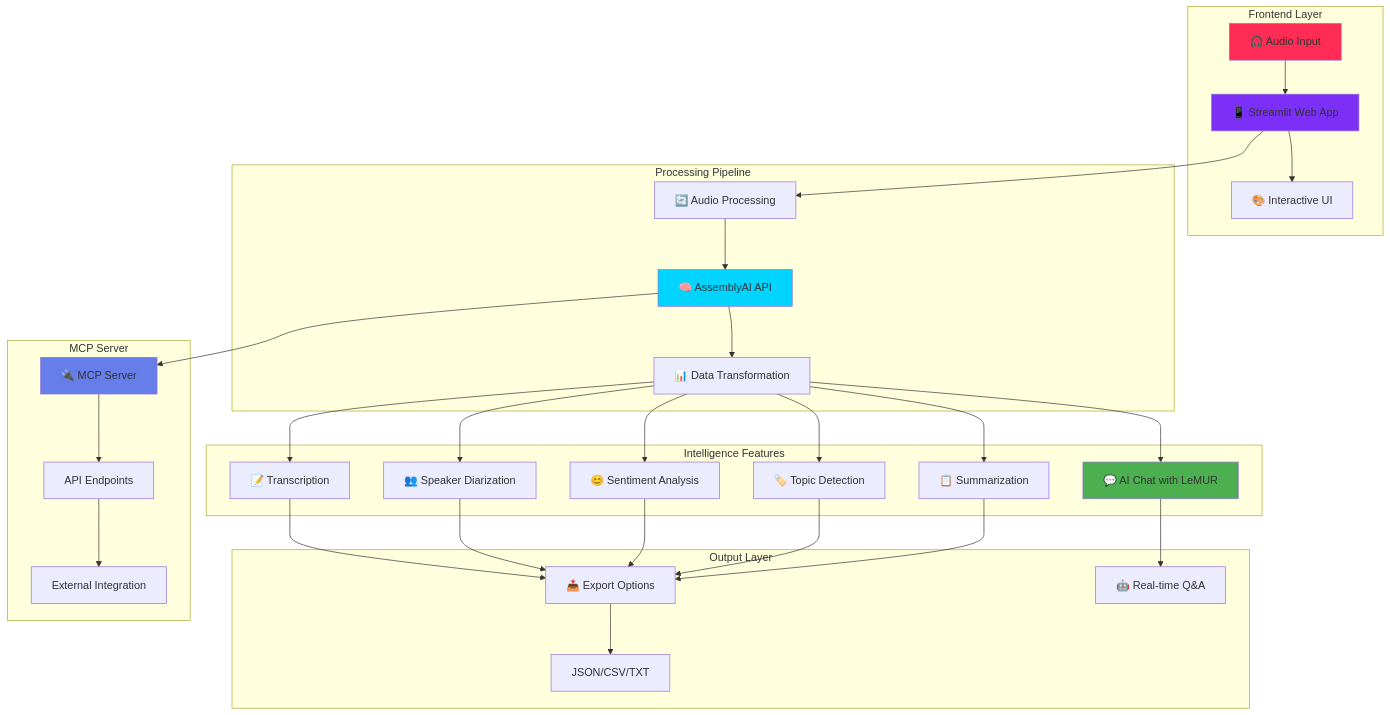
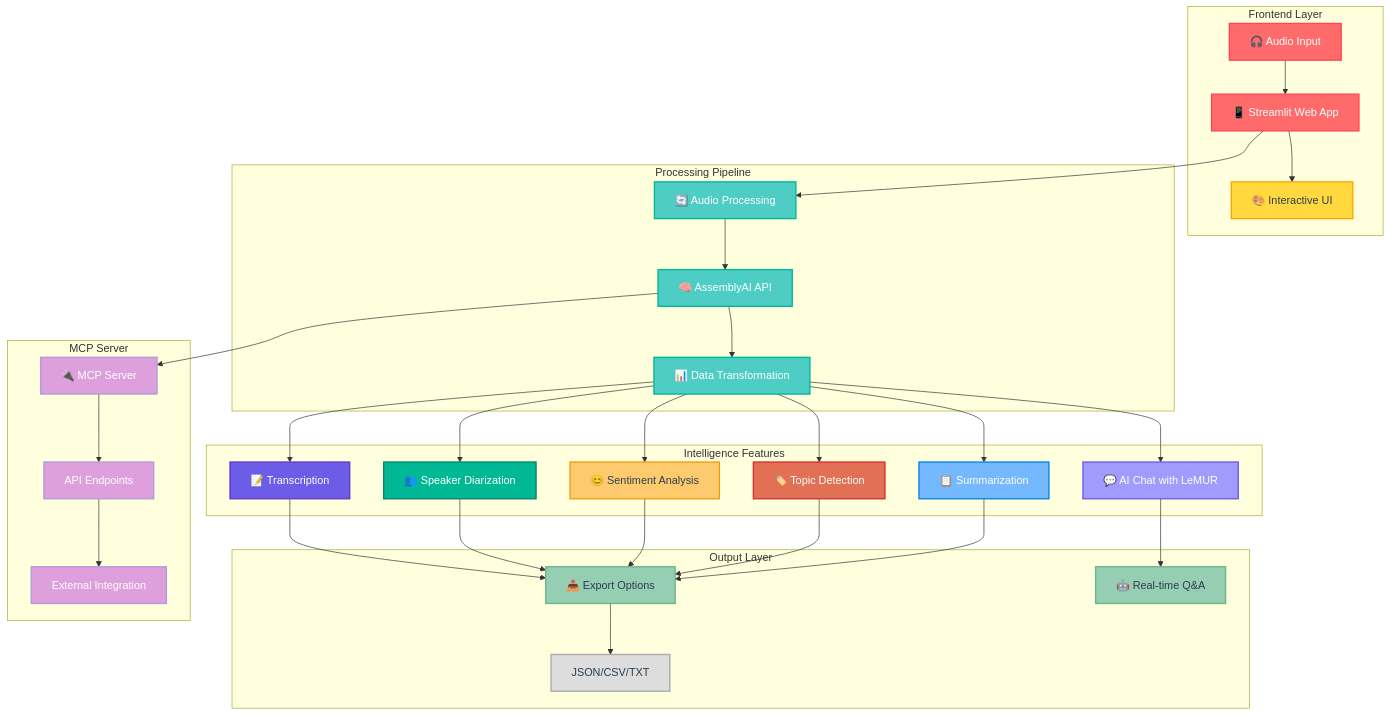
One commit to ShikharPatelNEU/EchoSense changed the diagram in README.md. Above: the diagram before and after it, drawn with Mermaid. The commit also changed other lines of this file, not shown here.

````diff
--- a/README.md
+++ b/README.md
@@ -27,44 +86,61 @@
 ```mermaid
 graph TB
-    subgraph "Frontend Layer"
-        A[🎧 Audio Input] --> B[📱 Streamlit Web App]
-        B --> C[🎨 Interactive UI]
+    subgraph FL["Frontend Layer"]
+        A[🎧 Audio Input]:::frontend
+        B[📱 Streamlit Web App]:::frontend
+        C[🎨 Interactive UI]:::ui
     end
     
-    subgraph "Processing Pipeline"
-        B --> D[🔄 Audio Processing]
-        D --> E[🧠 AssemblyAI API]
-        E --> F[📊 Data Transformation]
+    subgraph PP["Processing Pipeline"]
+        D[🔄 Audio Processing]:::processing
+        E[🧠 AssemblyAI API]:::processing
+        F[📊 Data Transformation]:::processing
     end
     
-    subgraph "Intelligence Features"
-        F --> G[📝 Transcription]
-        F --> H[👥 Speaker Diarization]
-        F --> I[😊 Sentiment Analysis]
-        F --> J[🏷️ Topic Detection]
-        F --> K[📋 Summarization]
-        F --> L[💬 AI Chat with LeMUR]
+    subgraph IF["Intelligence Features"]
+        G[📝 Transcription]:::transcription
+        H[👥 Speaker Diarization]:::speaker
+        I[😊 Sentiment Analysis]:::sentiment
+        J[🏷️ Topic Detection]:::topic
+        K[📋 Summarization]:::summary
+        L[💬 AI Chat with LeMUR]:::chat
     end
     
-    subgraph "Output Layer"
-        G --> M[📤 Export Options]
-        H --> M
-        I --> M
-        J --> M
-        K --> M
-        L --> N[🤖 Real-time Q&A]
-        M --> O[JSON/CSV/TXT]
+    subgraph OL["Output Layer"]
+        M[📤 Export Options]:::output
+        N[🤖 Real-time Q&A]:::output
+        O[JSON/CSV/TXT]:::export
     end
     
-    subgraph "MCP Server"
-        P[🔌 MCP Server] --> Q[API Endpoints]
-        E --> P
-        Q --> R[External Integration]
+    subgraph MS["MCP Server"]
+        P[🔌 MCP Server]:::mcp
+        Q[API Endpoints]:::mcp
+        R[External Integration]:::mcp
     end
     
-    style A fill:#ff2d55
-    style B fill:#7b2ff7
-    style E fill:#00d4ff
-    style L fill:#4caf50
-    style P fill:#667eea
+    A --> B
+    B --> C
+    B --> D
+    D --> E
+    E --> F
+    F --> G & H & I & J & K & L
+    G & H & I & J & K --> M
+    L --> N
+    M --> O
+    E --> P
+    P --> Q
+    Q --> R
+    
+    classDef frontend fill:#FF6B6B,stroke:#FF4757,color:#fff,stroke-width:2px
+    classDef ui fill:#FFD93D,stroke:#FFA502,color:#2C3E50,stroke-width:2px
+    classDef processing fill:#4ECDC4,stroke:#00B894,color:#fff,stroke-width:2px
+    classDef transcription fill:#6C5CE7,stroke:#5F3DC4,color:#fff,stroke-width:2px
+    classDef speaker fill:#00B894,stroke:#00856A,color:#fff,stroke-width:2px
+    classDef sentiment fill:#FDCB6E,stroke:#F39C12,color:#2C3E50,stroke-width:2px
+    classDef topic fill:#E17055,stroke:#D63031,color:#fff,stroke-width:2px
+    classDef summary fill:#74B9FF,stroke:#0984E3,color:#fff,stroke-width:2px
+    classDef chat fill:#A29BFE,stroke:#6C5CE7,color:#fff,stroke-width:2px
+    classDef output fill:#96CEB4,stroke:#68B684,color:#2C3E50,stroke-width:2px
+    classDef export fill:#DDD,stroke:#AAA,color:#2C3E50,stroke-width:2px
+    classDef mcp fill:#DDA0DD,stroke:#B19CD9,color:#fff,stroke-width:2px
 ```
````
